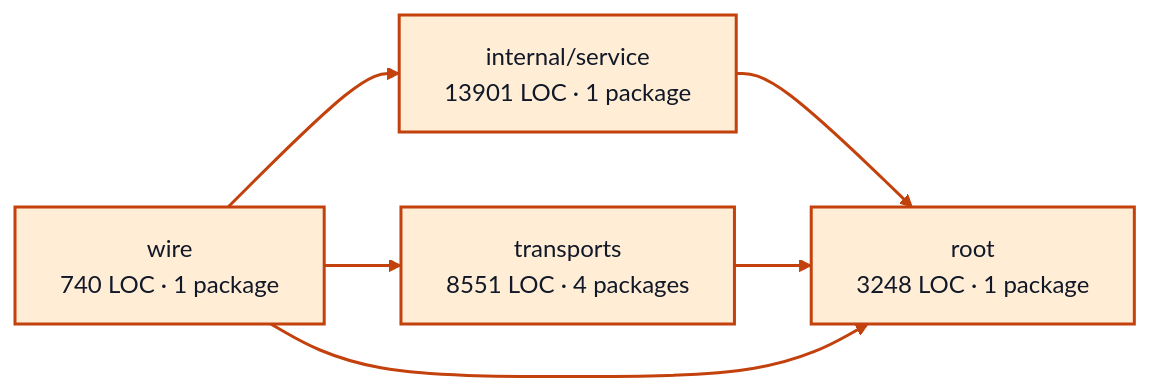
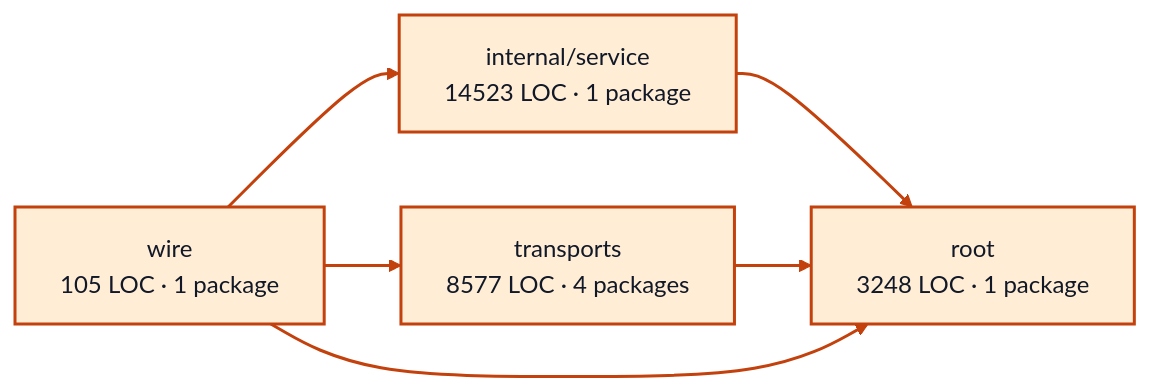
The diagram in docs/architecture/visualizations/services/worker_sessions.md (portpowered/you-agent-factory), drawn with Mermaid before and after one commit. The commit also changed other lines of this file and 20 other files, not shown here.

Commit message:
docs: refresh backend architecture visualizations

````diff
--- a/docs/architecture/visualizations/services/worker_sessions.md
+++ b/docs/architecture/visualizations/services/worker_sessions.md
@@ -11,17 +11,17 @@
 ```mermaid
 flowchart LR
-  p0["internal/service<br/>13901 LOC · 1 package"]
+  p0["internal/service<br/>14523 LOC · 1 package"]
   p1["root<br/>3248 LOC · 1 package"]
-  p2["transports<br/>8551 LOC · 4 packages"]
-  p3["wire<br/>740 LOC · 1 package"]
+  p2["transports<br/>8577 LOC · 4 packages"]
+  p3["wire<br/>105 LOC · 1 package"]
   p0 --> p1
   p2 --> p1
   p3 --> p0
   p3 --> p1
   p3 --> p2
   style p0 fill:#ffedd5,stroke:#c2410c,stroke-width:2px,color:#111827
   style p1 fill:#ffedd5,stroke:#c2410c,stroke-width:2px,color:#111827
   style p2 fill:#ffedd5,stroke:#c2410c,stroke-width:2px,color:#111827
   style p3 fill:#ffedd5,stroke:#c2410c,stroke-width:2px,color:#111827
   linkStyle default stroke:#c2410c,stroke-width:2px
 ```
````
